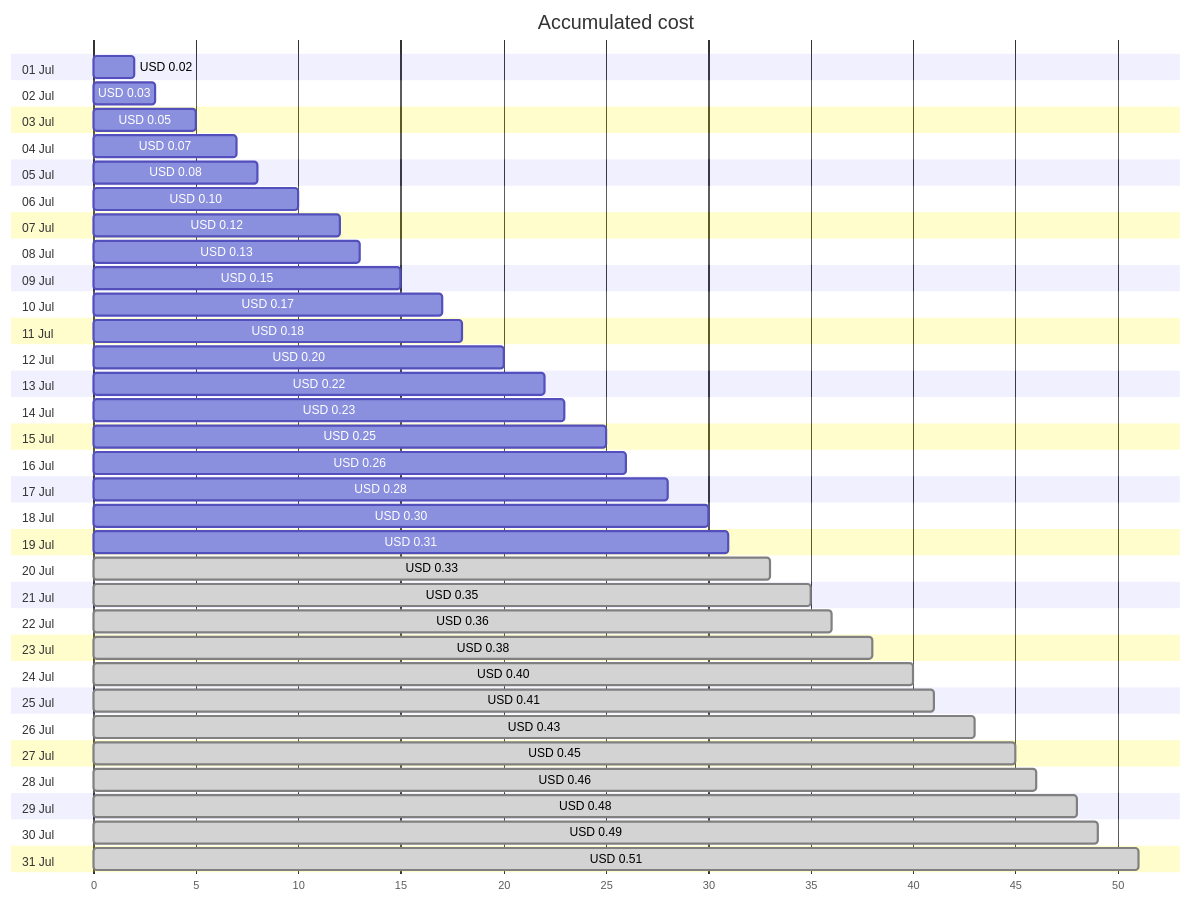
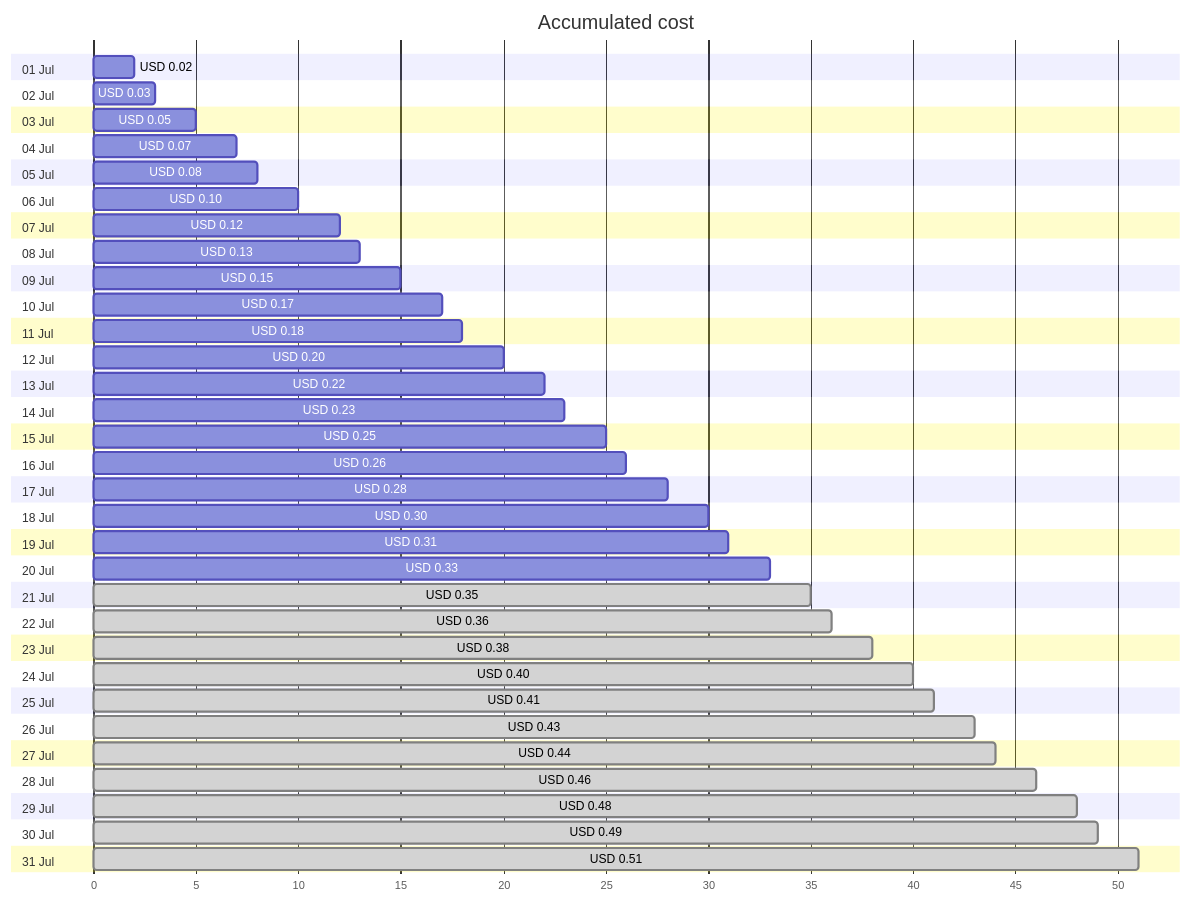
Before and after one commit to jpfulton/azure-personal-reports: the first of 4 diagrams in cost-reports/personal-dns/jpatrickfulton.dev.md, drawn with Mermaid. The commit also changed other lines of this file and 2 other files, not shown here.

````diff
--- a/cost-reports/personal-dns/jpatrickfulton.dev.md
+++ b/cost-reports/personal-dns/jpatrickfulton.dev.md
@@ -20,68 +20,68 @@
 ```mermaid
 gantt
    title Accumulated cost
    dateFormat  X
    axisFormat %s
    section 01 Jul
    USD 0.02 :0, 2
    section 02 Jul
    USD 0.03 :0, 3
    section 03 Jul
    USD 0.05 :0, 5
    section 04 Jul
    USD 0.07 :0, 7
    section 05 Jul
    USD 0.08 :0, 8
    section 06 Jul
    USD 0.10 :0, 10
    section 07 Jul
    USD 0.12 :0, 12
    section 08 Jul
    USD 0.13 :0, 13
    section 09 Jul
    USD 0.15 :0, 15
    section 10 Jul
    USD 0.17 :0, 17
    section 11 Jul
    USD 0.18 :0, 18
    section 12 Jul
    USD 0.20 :0, 20
    section 13 Jul
    USD 0.22 :0, 22
    section 14 Jul
    USD 0.23 :0, 23
    section 15 Jul
    USD 0.25 :0, 25
    section 16 Jul
    USD 0.26 :0, 26
    section 17 Jul
    USD 0.28 :0, 28
    section 18 Jul
    USD 0.30 :0, 30
    section 19 Jul
    USD 0.31 :0, 31
    section 20 Jul
-   USD 0.33 : done, 0, 33
+   USD 0.33 :0, 33
    section 21 Jul
    USD 0.35 : done, 0, 35
    section 22 Jul
    USD 0.36 : done, 0, 36
    section 23 Jul
    USD 0.38 : done, 0, 38
    section 24 Jul
    USD 0.40 : done, 0, 40
    section 25 Jul
    USD 0.41 : done, 0, 41
    section 26 Jul
    USD 0.43 : done, 0, 43
    section 27 Jul
-   USD 0.45 : done, 0, 45
+   USD 0.44 : done, 0, 44
    section 28 Jul
    USD 0.46 : done, 0, 46
    section 29 Jul
    USD 0.48 : done, 0, 48
    section 30 Jul
    USD 0.49 : done, 0, 49
    section 31 Jul
    USD 0.51 : done, 0, 51
 ```
````
